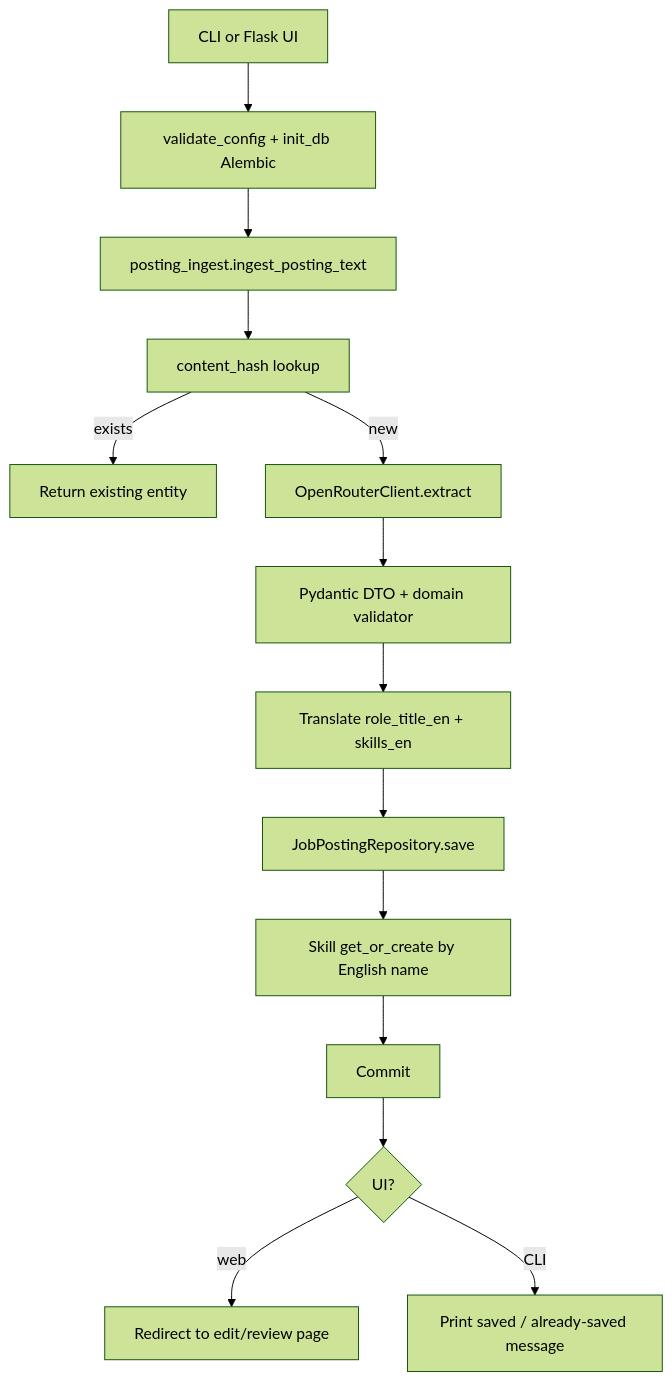
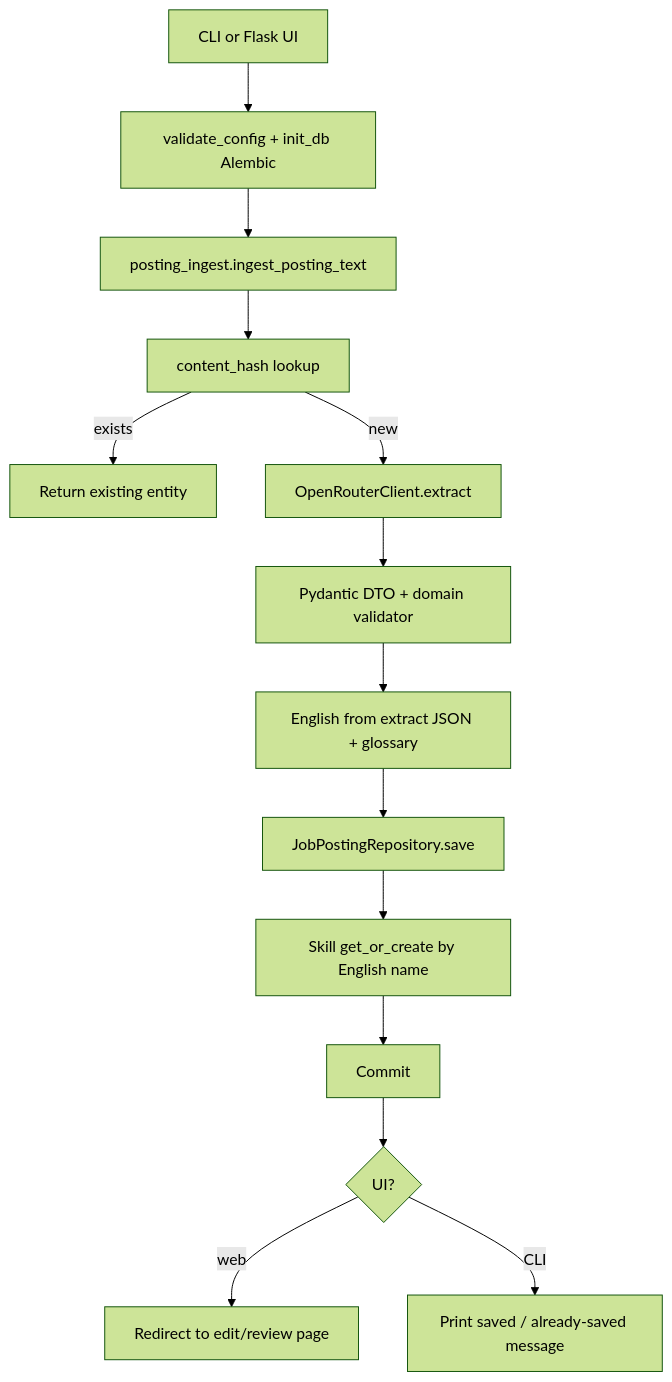
Before and after one commit to kvalge/data-jobs-forecasting-ai-app: the diagram in PROJECT_SUMMARY.md, drawn with Mermaid (forest theme). The commit also changed other lines of this file and 9 other files, not shown here.

````diff
--- a/PROJECT_SUMMARY.md
+++ b/PROJECT_SUMMARY.md
@@ -156,16 +156,16 @@
 ```mermaid
 flowchart TD
     A[CLI or Flask UI] --> B[validate_config + init_db Alembic]
     B --> C[posting_ingest.ingest_posting_text]
     C --> D[content_hash lookup]
     D -->|exists| E[Return existing entity]
     D -->|new| F[OpenRouterClient.extract]
     F --> G[Pydantic DTO + domain validator]
-    G --> H[Translate role_title_en + skills_en]
+    G --> H[English from extract JSON + glossary]
     H --> I[JobPostingRepository.save]
     I --> J[Skill get_or_create by English name]
     J --> K[Commit]
     K --> L{UI?}
     L -->|web| M[Redirect to edit/review page]
     L -->|CLI| N[Print saved / already-saved message]
 ```
````
